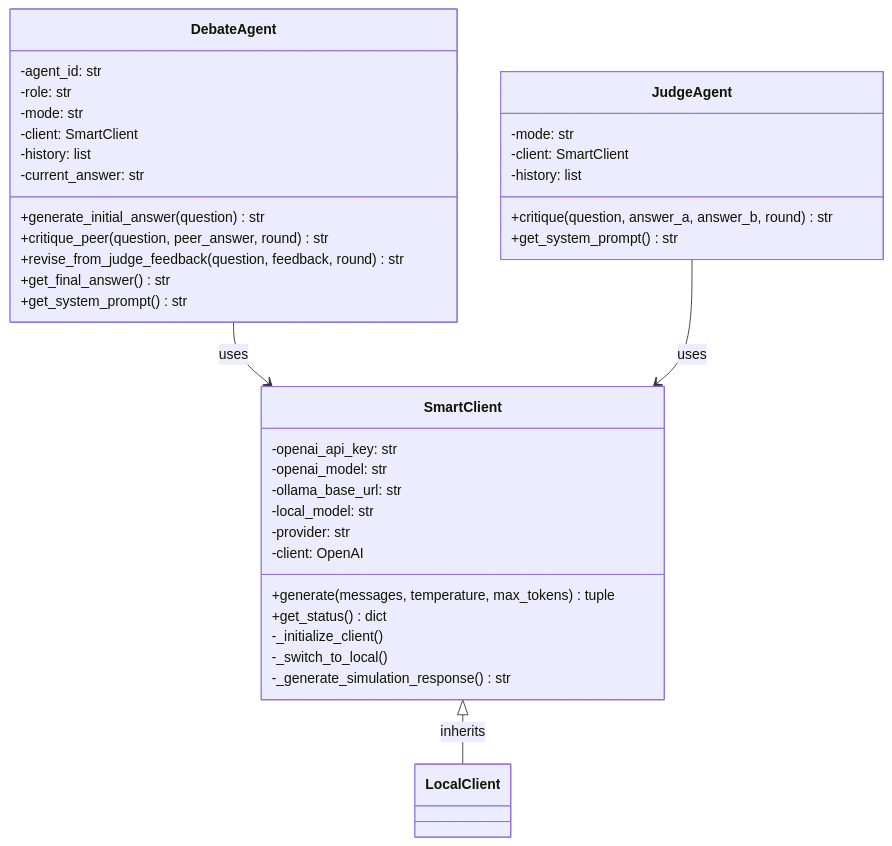
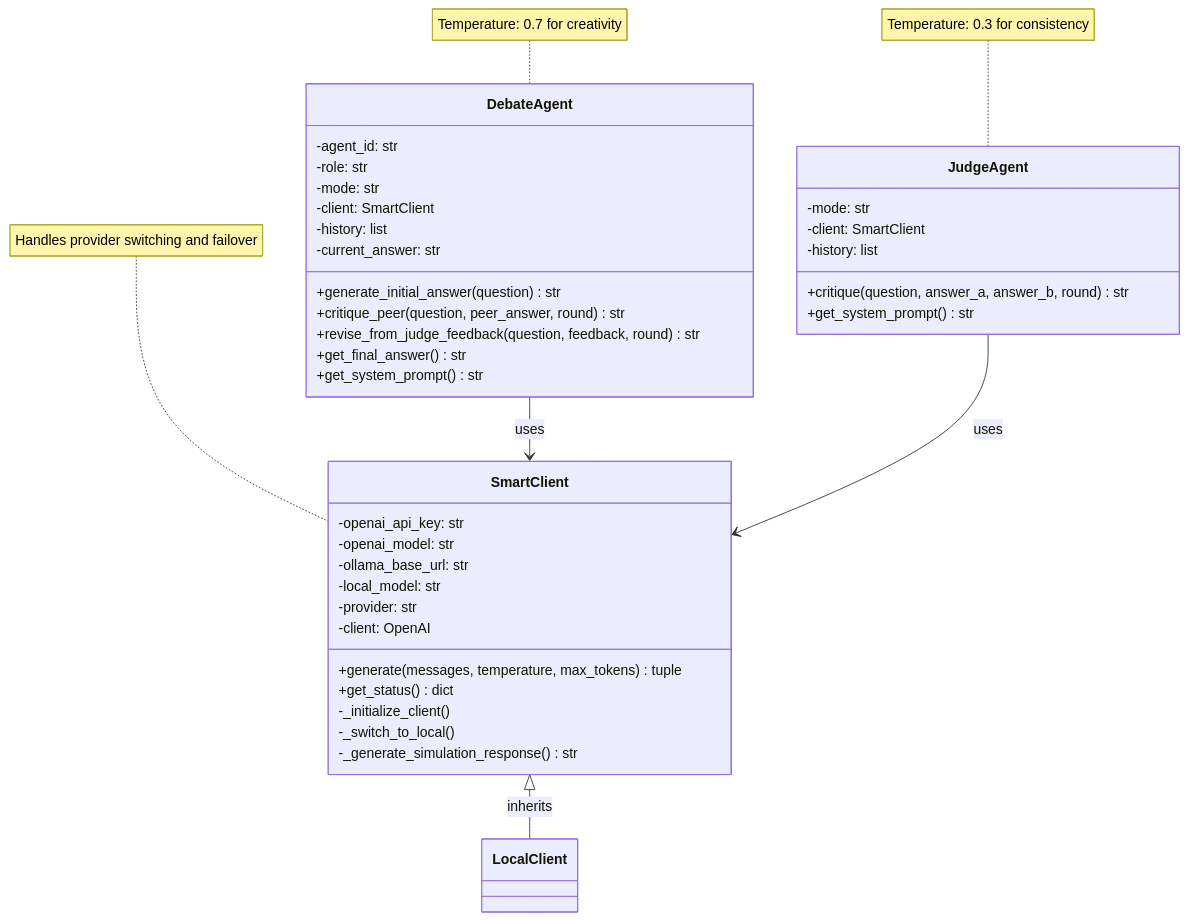
The fourth of 22 diagrams in README.md (mikenk2010/COSC3009-Intelligent-Decision-Making-Advanced-IDM-Algorithm-Design), drawn with Mermaid before and after one commit. The commit also changed other lines of this file and 1 other file, not shown here.

````diff
--- a/README.md
+++ b/README.md
@@ -133,42 +182,46 @@
 ```mermaid
 classDiagram
     class SmartClient {
         -openai_api_key: str
         -openai_model: str
         -ollama_base_url: str
         -local_model: str
         -provider: str
         -client: OpenAI
         +generate(messages, temperature, max_tokens) tuple
         +get_status() dict
         -_initialize_client()
         -_switch_to_local()
         -_generate_simulation_response() str
     }
 
     class DebateAgent {
         -agent_id: str
         -role: str
         -mode: str
         -client: SmartClient
         -history: list
         -current_answer: str
         +generate_initial_answer(question) str
         +critique_peer(question, peer_answer, round) str
         +revise_from_judge_feedback(question, feedback, round) str
         +get_final_answer() str
         +get_system_prompt() str
     }
 
     class JudgeAgent {
         -mode: str
         -client: SmartClient
         -history: list
         +critique(question, answer_a, answer_b, round) str
         +get_system_prompt() str
     }
 
     SmartClient <|-- LocalClient : inherits
     DebateAgent --> SmartClient : uses
     JudgeAgent --> SmartClient : uses
+
+    note for SmartClient "Handles provider switching and failover"
+    note for JudgeAgent "Temperature: 0.3 for consistency"
+    note for DebateAgent "Temperature: 0.7 for creativity"
 ```
````
